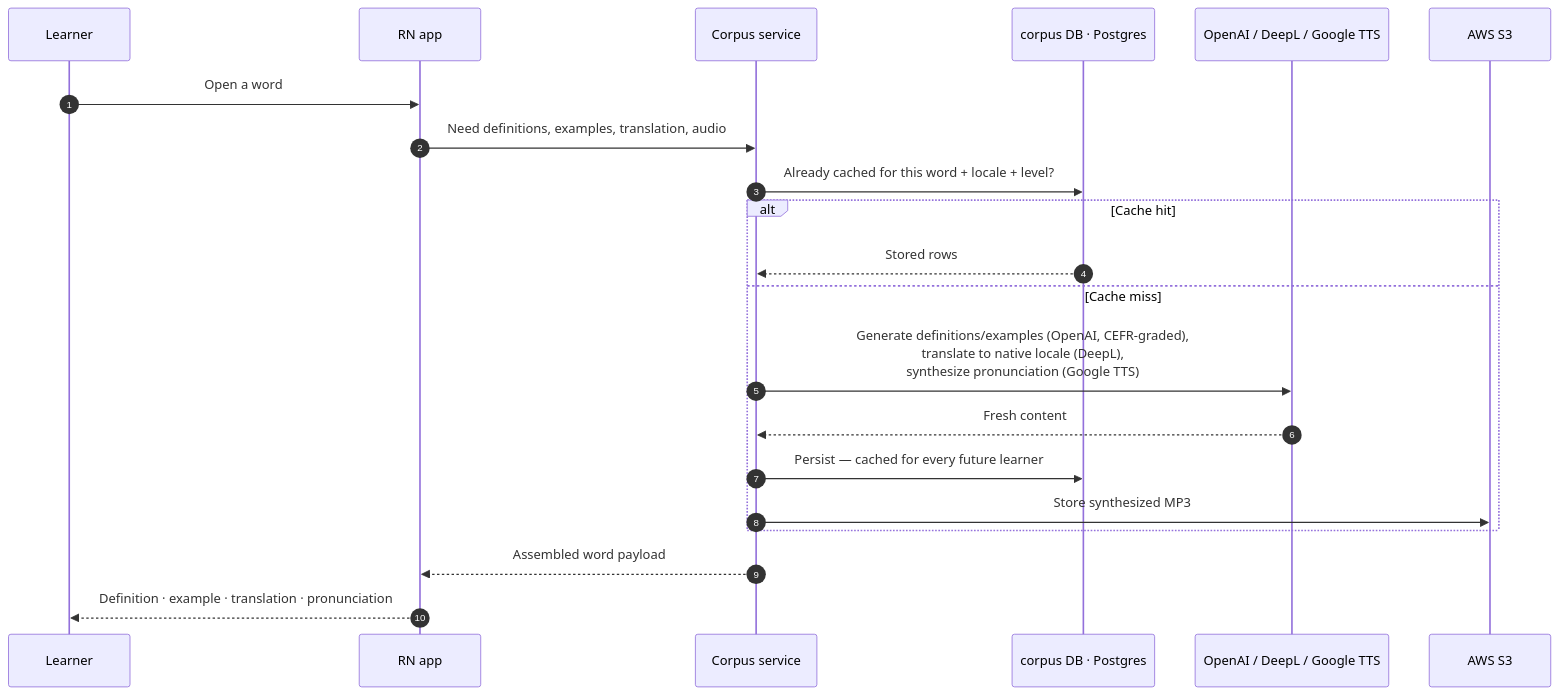
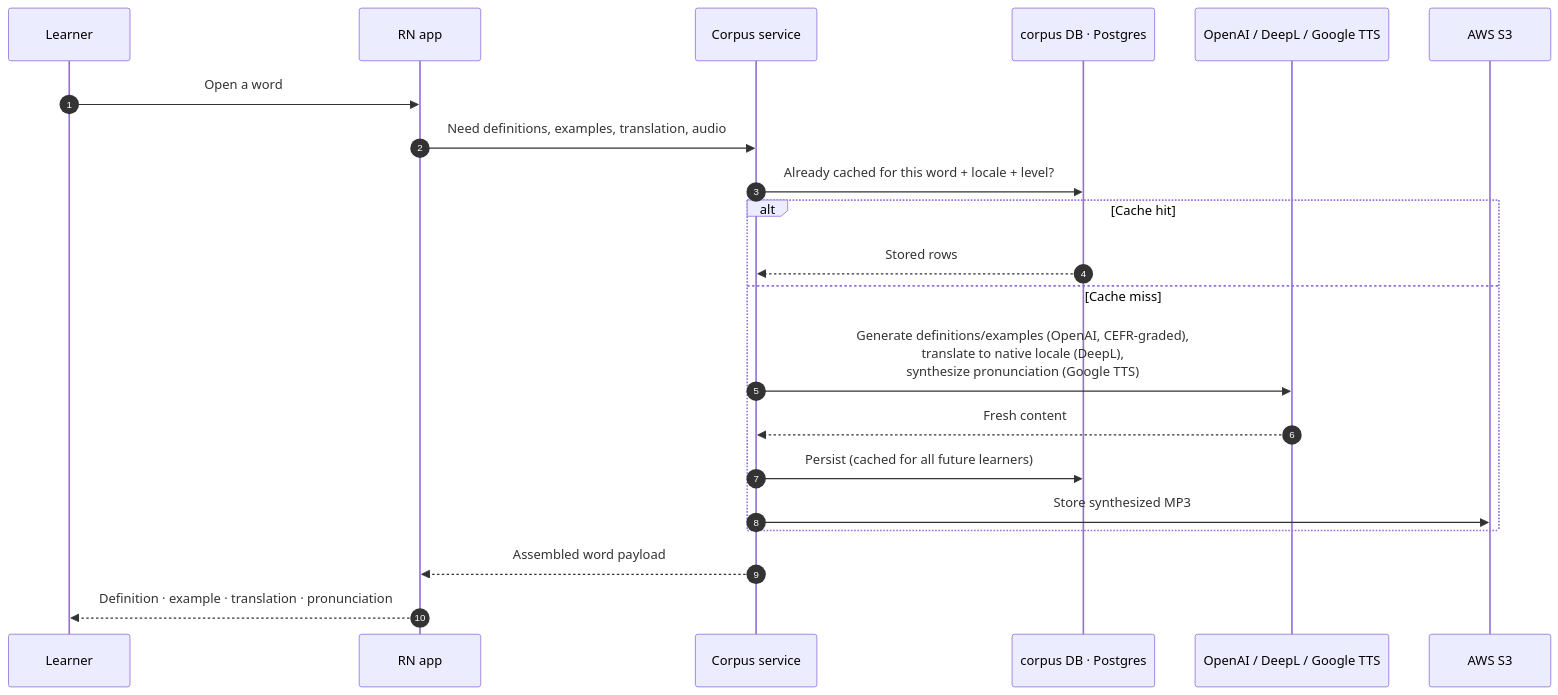
Before and after one commit to dan-pugsley/javu-case-study: the first of 3 diagrams in README.md, drawn with Mermaid. The commit also changed other lines of this file, not shown here.

````diff
--- a/README.md
+++ b/README.md
@@ -84,24 +84,24 @@
 ```mermaid
 sequenceDiagram
     autonumber
     participant U as Learner
     participant App as RN app
     participant SVC as Corpus service
     participant DB as corpus DB · Postgres
     participant AI as OpenAI / DeepL / Google TTS
     participant S3 as AWS S3
 
     U->>App: Open a word
     App->>SVC: Need definitions, examples, translation, audio
     SVC->>DB: Already cached for this word + locale + level?
     alt Cache hit
         DB-->>SVC: Stored rows
     else Cache miss
         SVC->>AI: Generate definitions/examples (OpenAI, CEFR-graded),<br/>translate to native locale (DeepL),<br/>synthesize pronunciation (Google TTS)
         AI-->>SVC: Fresh content
-        SVC->>DB: Persist — cached for every future learner
+        SVC->>DB: Persist (cached for all future learners)
         SVC->>S3: Store synthesized MP3
     end
     SVC-->>App: Assembled word payload
     App-->>U: Definition · example · translation · pronunciation
 ```
````
